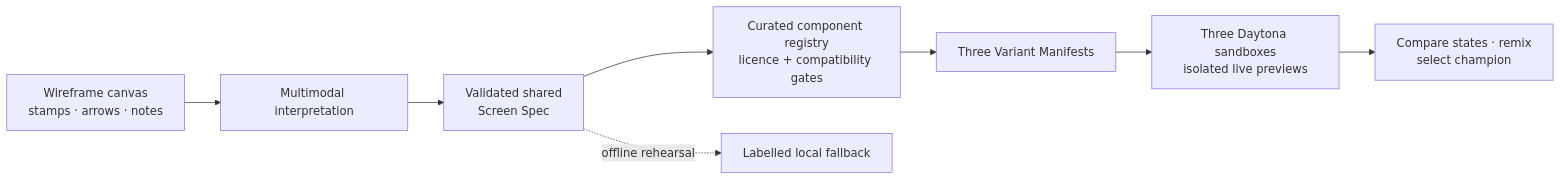
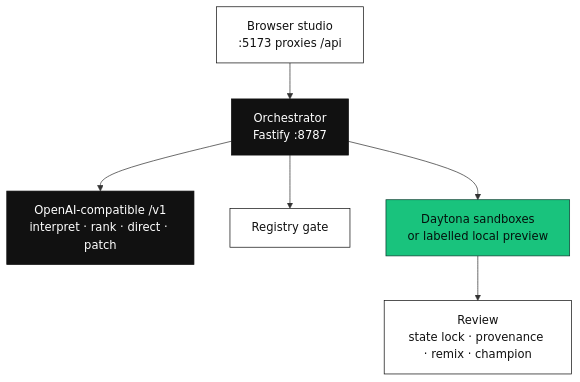
The second of 2 diagrams in README.md (bede-lau/CanvasCraft), drawn with Mermaid before and after one commit. The commit also changed other lines of this file, not shown here.

````diff
--- a/README.md
+++ b/README.md
@@ -17,10 +82,12 @@
 ```mermaid
-flowchart LR
-  A["Wireframe canvas<br/>stamps · arrows · notes"] --> B["Multimodal interpretation"]
-  B --> C["Validated shared<br/>Screen Spec"]
-  C --> D["Curated component registry<br/>licence + compatibility gates"]
-  D --> E["Three Variant Manifests"]
-  E --> F["Three Daytona sandboxes<br/>isolated live previews"]
-  F --> G["Compare states · remix<br/>select champion"]
-  C -. "offline rehearsal" .-> H["Labelled local fallback"]
+flowchart TB
+    classDef stage fill:#ffffff,stroke:#111,color:#111
+    classDef model fill:#111,stroke:#111,color:#fff
+    classDef ok fill:#19c37d,stroke:#0b3d31,color:#04120d
+
+    H["Browser studio<br/>:5173 proxies /api"]:::stage --> O["Orchestrator<br/>Fastify :8787"]:::model
+    O --> AI["OpenAI-compatible /v1<br/>interpret · rank · direct · patch"]:::model
+    O --> REG["Registry gate"]:::stage
+    O --> DAY["Daytona sandboxes<br/>or labelled local preview"]:::ok
+    DAY --> REV["Review<br/>state lock · provenance · remix · champion"]:::stage
 ```
````
